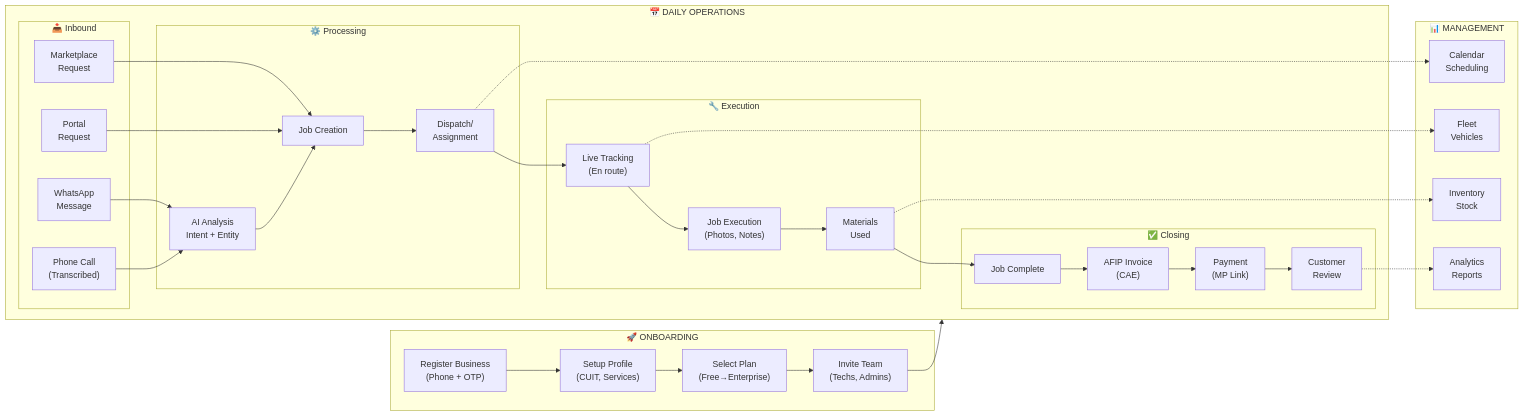
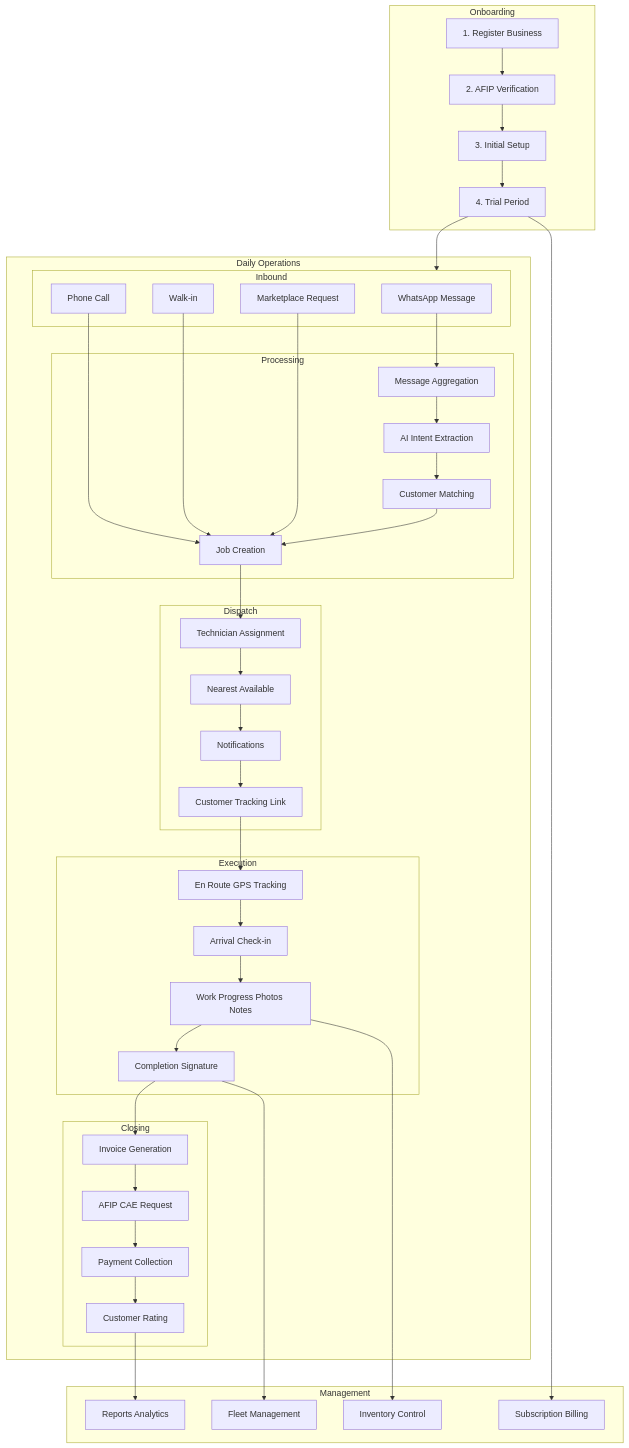
One commit to leftonspace/CampoTech changed the second of 9 diagrams in architecture/campotech-complete-system-architecture.md. Above: the diagram before and after it, drawn with Mermaid. The commit also changed other lines of this file, not shown here.

First line of the commit message:
docs: complete CampoTech system architecture documentation

````diff
--- a/architecture/campotech-complete-system-architecture.md
+++ b/architecture/campotech-complete-system-architecture.md
@@ -91,66 +228,73 @@
 ```mermaid
-flowchart LR
-    subgraph ONBOARD["🚀 ONBOARDING"]
-        REG["Register Business<br/>(Phone + OTP)"]
-        SETUP["Setup Profile<br/>(CUIT, Services)"]
-        PLAN["Select Plan<br/>(Free→Enterprise)"]
-        INVITE["Invite Team<br/>(Techs, Admins)"]
+flowchart TB
+    subgraph Onboarding ["Onboarding"]
+        REG["1. Register Business"]
+        VER["2. AFIP Verification"]
+        SETUP["3. Initial Setup"]
+        TRIAL["4. Trial Period"]
     end
 
-    subgraph DAILY["📅 DAILY OPERATIONS"]
-        subgraph INBOUND["📥 Inbound"]
-            WA_IN["WhatsApp<br/>Message"]
-            CALL_IN["Phone Call<br/>(Transcribed)"]
-            MKT_REQ["Marketplace<br/>Request"]
-            PORTAL_REQ["Portal<br/>Request"]
+    subgraph Daily ["Daily Operations"]
+        subgraph Inbound ["Inbound"]
+            WA_IN["WhatsApp Message"]
+            CALL["Phone Call"]
+            WALK["Walk-in"]
+            MKTPL["Marketplace Request"]
         end
 
-        subgraph PROCESS["⚙️ Processing"]
-            AI_PROC["AI Analysis<br/>Intent + Entity"]
-            JOB_CREATE["Job Creation"]
-            DISPATCH["Dispatch/<br/>Assignment"]
+        subgraph Process ["Processing"]
+            AGG["Message Aggregation"]
+            AI_EXT["AI Intent Extraction"]
+            MATCH["Customer Matching"]
+            CREATE["Job Creation"]
         end
 
-        subgraph EXECUTE["🔧 Execution"]
-            TRACK["Live Tracking<br/>(En route)"]
-            WORK["Job Execution<br/>(Photos, Notes)"]
-            MATERIALS["Materials<br/>Used"]
+        subgraph Dispatch ["Dispatch"]
+            ASSIGN["Technician Assignment"]
+            NEAR["Nearest Available"]
+            NOTIFY["Notifications"]
+            TRACK["Customer Tracking Link"]
         end
 
-        subgraph CLOSE["✅ Closing"]
-            COMPLETE["Job Complete"]
-            INVOICE["AFIP Invoice<br/>(CAE)"]
-            PAYMENT["Payment<br/>(MP Link)"]
-            REVIEW["Customer<br/>Review"]
+        subgraph Execute ["Execution"]
+            EN_ROUTE["En Route GPS Tracking"]
+            ARRIVE["Arrival Check-in"]
+            WORK["Work Progress Photos Notes"]
+            COMPLETE["Completion Signature"]
+        end
+
+        subgraph Close ["Closing"]
+            INVOICE["Invoice Generation"]
+            AFIP_CAE["AFIP CAE Request"]
+            PAYMENT["Payment Collection"]
+            RATING["Customer Rating"]
         end
     end
 
-    subgraph MANAGE["📊 MANAGEMENT"]
-        CALENDAR["Calendar<br/>Scheduling"]
-        FLEET["Fleet<br/>Vehicles"]
-        INVENTORY["Inventory<br/>Stock"]
-        ANALYTICS["Analytics<br/>Reports"]
+    subgraph Management ["Management"]
+        REPORTS["Reports Analytics"]
+        FLEET["Fleet Management"]
+        INVENTORY["Inventory Control"]
+        BILLING["Subscription Billing"]
     end
 
-    REG --> SETUP --> PLAN --> INVITE
-    INVITE --> DAILY
+    REG --> VER --> SETUP --> TRIAL
+    TRIAL --> Inbound
 
-    WA_IN --> AI_PROC
-    CALL_IN --> AI_PROC
-    MKT_REQ --> JOB_CREATE
-    PORTAL_REQ --> JOB_CREATE
-    AI_PROC --> JOB_CREATE
-    JOB_CREATE --> DISPATCH
-    DISPATCH --> TRACK
-    TRACK --> WORK
-    WORK --> MATERIALS
-    MATERIALS --> COMPLETE
-    COMPLETE --> INVOICE
-    INVOICE --> PAYMENT
-    PAYMENT --> REVIEW
+    WA_IN --> AGG
+    CALL --> CREATE
+    WALK --> CREATE
+    MKTPL --> CREATE
+    AGG --> AI_EXT --> MATCH --> CREATE
 
-    DISPATCH -.-> CALENDAR
-    MATERIALS -.-> INVENTORY
-    TRACK -.-> FLEET
-    REVIEW -.-> ANALYTICS
+    CREATE --> ASSIGN --> NEAR --> NOTIFY --> TRACK
+
+    TRACK --> EN_ROUTE --> ARRIVE --> WORK --> COMPLETE
+
+    COMPLETE --> INVOICE --> AFIP_CAE --> PAYMENT --> RATING
+
+    RATING --> REPORTS
+    COMPLETE --> FLEET
+    WORK --> INVENTORY
+    TRIAL --> BILLING
 ```
````
